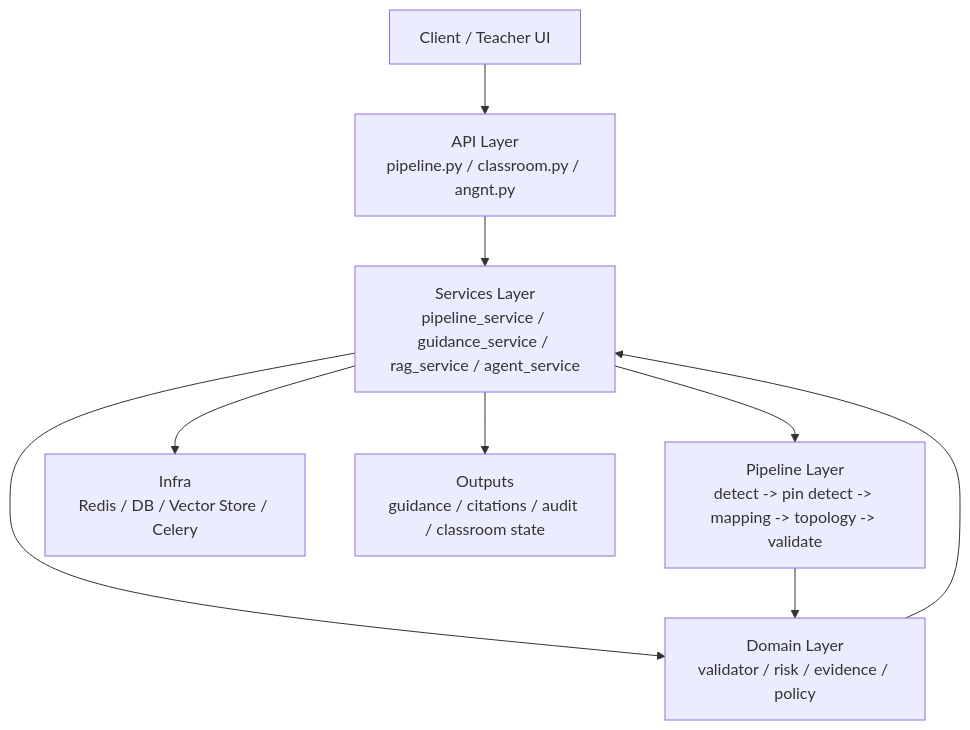
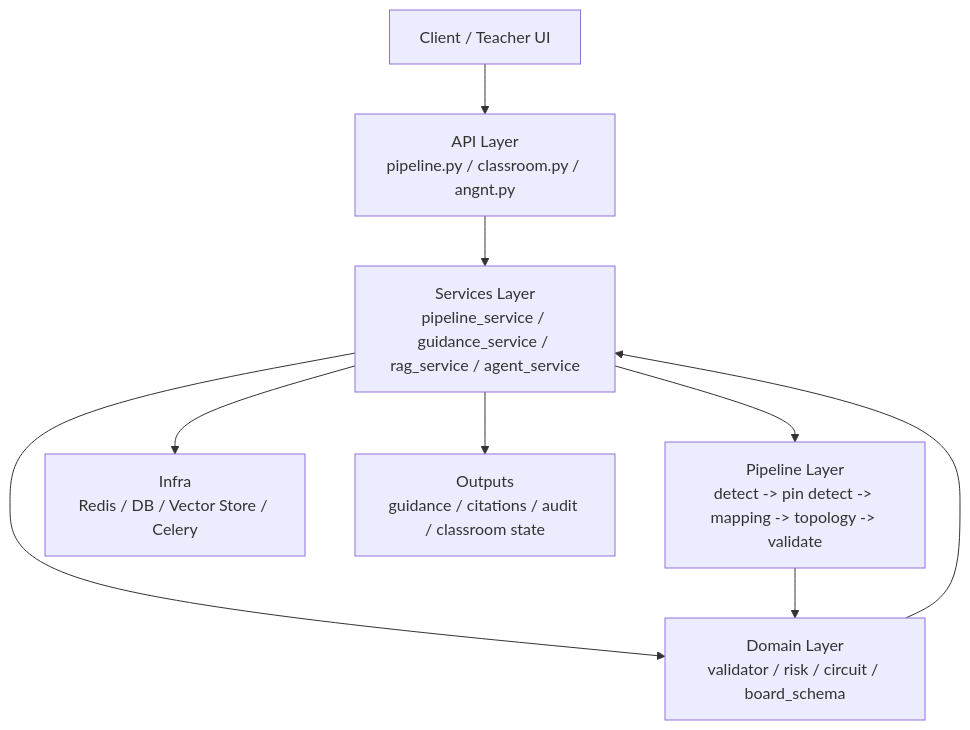
The diagram in docs/backend-architecture.md (liusuan110/LabGuardian-Server), drawn with Mermaid before and after one commit. The commit also changed other lines of this file, not shown here.

````diff
--- a/docs/backend-architecture.md
+++ b/docs/backend-architecture.md
@@ -147,11 +271,11 @@
 ```mermaid
 flowchart TD
   A["Client / Teacher UI"] --> B["API Layer<br/>pipeline.py / classroom.py / angnt.py"]
   B --> C["Services Layer<br/>pipeline_service / guidance_service / rag_service / agent_service"]
-  C --> D["Domain Layer<br/>validator / risk / evidence / policy"]
+  C --> D["Domain Layer<br/>validator / risk / circuit / board_schema"]
   C --> E["Pipeline Layer<br/>detect -> pin detect -> mapping -> topology -> validate"]
   C --> F["Infra<br/>Redis / DB / Vector Store / Celery"]
   E --> D
   D --> C
   C --> G["Outputs<br/>guidance / citations / audit / classroom state"]
 ```
````
